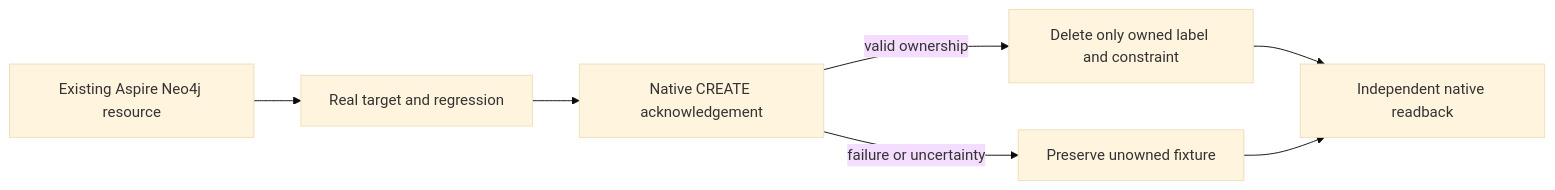
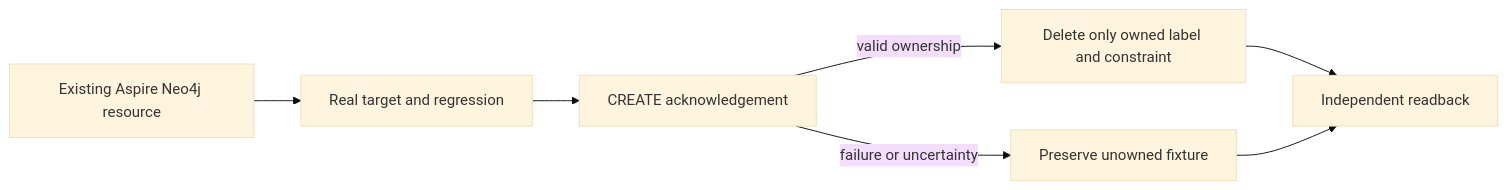
The diagram in docs/ADR/ADR-049-genuine-neo4j-harness.md (managedcode/KeyLoad), drawn with Mermaid (base theme) before and after one commit. The commit also changed other lines of this file and 9016 other files, not shown here.

````diff
--- a/docs/ADR/ADR-049-genuine-neo4j-harness.md
+++ b/docs/ADR/ADR-049-genuine-neo4j-harness.md
@@ -14,9 +14,9 @@
 ```mermaid
 flowchart LR
     Aspire[Existing Aspire Neo4j resource] --> Target[Real target and regression]
-    Target --> Query[Native CREATE acknowledgement]
+    Target --> Query[CREATE acknowledgement]
     Query -->|valid ownership| Cleanup[Delete only owned label and constraint]
     Query -->|failure or uncertainty| Preserve[Preserve unowned fixture]
-    Cleanup --> Oracle[Independent native readback]
+    Cleanup --> Oracle[Independent readback]
     Preserve --> Oracle
 ```
````
